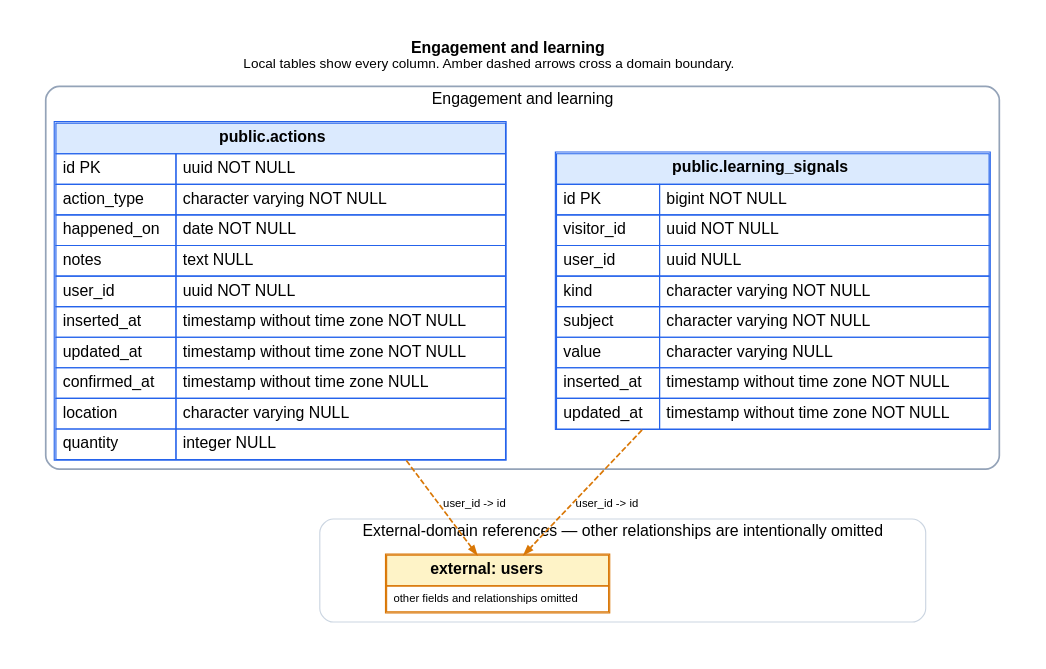
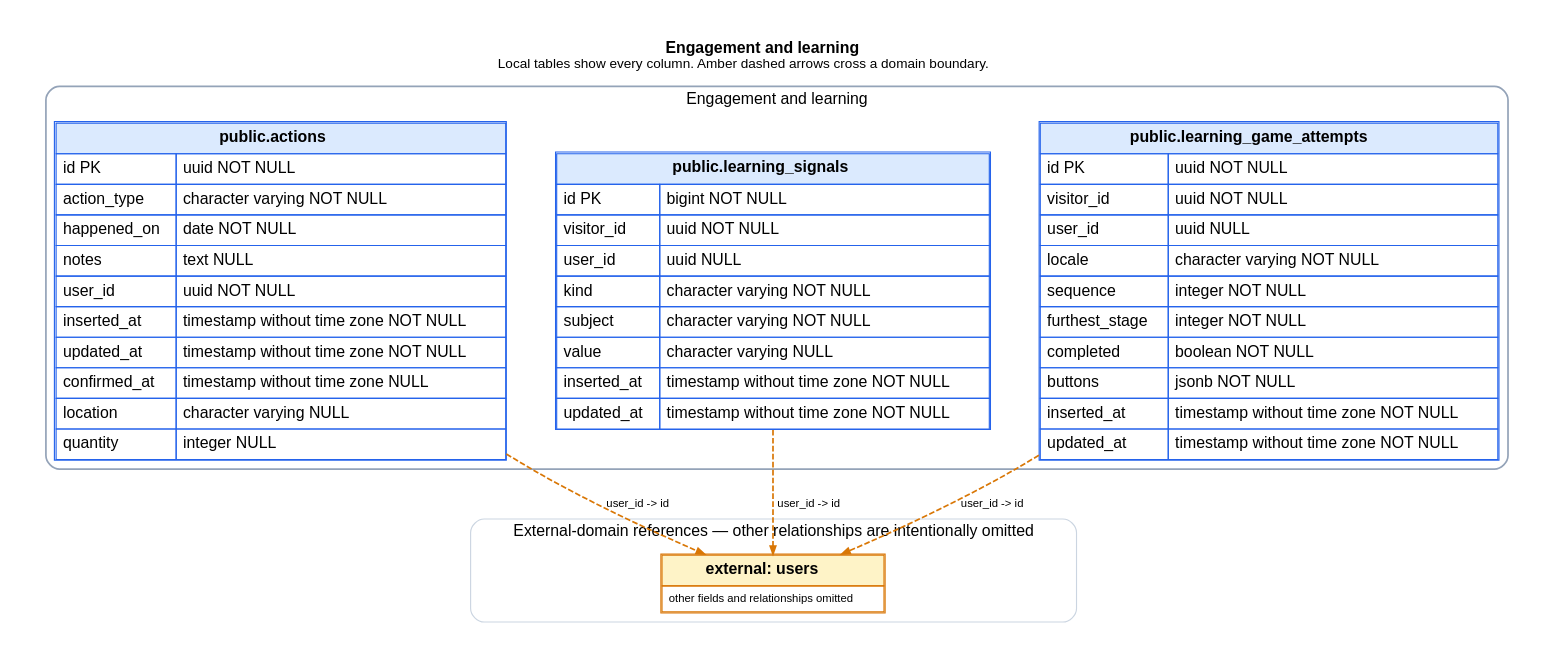
Before and after one commit to ogourment/pauseai.ca-website: the diagram in docs/schema/domains/engagement.dot, drawn with Graphviz. The commit also changed 44 other files, not shown here.

```diff
--- a/docs/schema/domains/engagement.dot
+++ b/docs/schema/domains/engagement.dot
@@ -1,45 +1,53 @@
 digraph engagement {
   graph [rankdir=TB, bgcolor="white", pad=0.35, nodesep=0.6, ranksep=0.9, fontname="Helvetica"];
   node [shape=plain, fontname="Helvetica"];
   edge [fontname="Helvetica", fontsize=10, arrowsize=0.7];
   labelloc="t";
   label=< <B>Engagement and learning</B><BR/><FONT POINT-SIZE="12">Local tables show every column. Amber dashed arrows cross a domain boundary.</FONT> >;
 
   subgraph cluster_local {
     label="Engagement and learning";
     color="#94a3b8";
     penwidth=1.5;
     style="rounded";
   "actions" [label=<
     <TABLE BORDER="1" CELLBORDER="1" CELLSPACING="0" CELLPADDING="5" COLOR="#2563eb">
       <TR><TD BGCOLOR="#dbeafe" COLSPAN="2"><B>public.actions</B></TD></TR>
       <TR><TD ALIGN="LEFT">id PK</TD><TD ALIGN="LEFT">uuid NOT NULL</TD></TR><TR><TD ALIGN="LEFT">action_type</TD><TD ALIGN="LEFT">character varying NOT NULL</TD></TR><TR><TD ALIGN="LEFT">happened_on</TD><TD ALIGN="LEFT">date NOT NULL</TD></TR><TR><TD ALIGN="LEFT">notes</TD><TD ALIGN="LEFT">text NULL</TD></TR><TR><TD ALIGN="LEFT">user_id</TD><TD ALIGN="LEFT">uuid NOT NULL</TD></TR><TR><TD ALIGN="LEFT">inserted_at</TD><TD ALIGN="LEFT">timestamp without time zone NOT NULL</TD></TR><TR><TD ALIGN="LEFT">updated_at</TD><TD ALIGN="LEFT">timestamp without time zone NOT NULL</TD></TR><TR><TD ALIGN="LEFT">confirmed_at</TD><TD ALIGN="LEFT">timestamp without time zone NULL</TD></TR><TR><TD ALIGN="LEFT">location</TD><TD ALIGN="LEFT">character varying NULL</TD></TR><TR><TD ALIGN="LEFT">quantity</TD><TD ALIGN="LEFT">integer NULL</TD></TR>
     </TABLE>
   >];
 
   "learning_signals" [label=<
     <TABLE BORDER="1" CELLBORDER="1" CELLSPACING="0" CELLPADDING="5" COLOR="#2563eb">
       <TR><TD BGCOLOR="#dbeafe" COLSPAN="2"><B>public.learning_signals</B></TD></TR>
       <TR><TD ALIGN="LEFT">id PK</TD><TD ALIGN="LEFT">bigint NOT NULL</TD></TR><TR><TD ALIGN="LEFT">visitor_id</TD><TD ALIGN="LEFT">uuid NOT NULL</TD></TR><TR><TD ALIGN="LEFT">user_id</TD><TD ALIGN="LEFT">uuid NULL</TD></TR><TR><TD ALIGN="LEFT">kind</TD><TD ALIGN="LEFT">character varying NOT NULL</TD></TR><TR><TD ALIGN="LEFT">subject</TD><TD ALIGN="LEFT">character varying NOT NULL</TD></TR><TR><TD ALIGN="LEFT">value</TD><TD ALIGN="LEFT">character varying NULL</TD></TR><TR><TD ALIGN="LEFT">inserted_at</TD><TD ALIGN="LEFT">timestamp without time zone NOT NULL</TD></TR><TR><TD ALIGN="LEFT">updated_at</TD><TD ALIGN="LEFT">timestamp without time zone NOT NULL</TD></TR>
     </TABLE>
   >];
 
+  "learning_game_attempts" [label=<
+    <TABLE BORDER="1" CELLBORDER="1" CELLSPACING="0" CELLPADDING="5" COLOR="#2563eb">
+      <TR><TD BGCOLOR="#dbeafe" COLSPAN="2"><B>public.learning_game_attempts</B></TD></TR>
+      <TR><TD ALIGN="LEFT">id PK</TD><TD ALIGN="LEFT">uuid NOT NULL</TD></TR><TR><TD ALIGN="LEFT">visitor_id</TD><TD ALIGN="LEFT">uuid NOT NULL</TD></TR><TR><TD ALIGN="LEFT">user_id</TD><TD ALIGN="LEFT">uuid NULL</TD></TR><TR><TD ALIGN="LEFT">locale</TD><TD ALIGN="LEFT">character varying NOT NULL</TD></TR><TR><TD ALIGN="LEFT">sequence</TD><TD ALIGN="LEFT">integer NOT NULL</TD></TR><TR><TD ALIGN="LEFT">furthest_stage</TD><TD ALIGN="LEFT">integer NOT NULL</TD></TR><TR><TD ALIGN="LEFT">completed</TD><TD ALIGN="LEFT">boolean NOT NULL</TD></TR><TR><TD ALIGN="LEFT">buttons</TD><TD ALIGN="LEFT">jsonb NOT NULL</TD></TR><TR><TD ALIGN="LEFT">inserted_at</TD><TD ALIGN="LEFT">timestamp without time zone NOT NULL</TD></TR><TR><TD ALIGN="LEFT">updated_at</TD><TD ALIGN="LEFT">timestamp without time zone NOT NULL</TD></TR>
+    </TABLE>
+  >];
+
   }
 
   subgraph cluster_external {
     label="External-domain references — other relationships are intentionally omitted";
     color="#cbd5e1";
     penwidth=1;
     style="rounded";
   "users" [label=<
     <TABLE BORDER="1" CELLBORDER="1" CELLSPACING="0" CELLPADDING="5" COLOR="#d97706">
       <TR><TD BGCOLOR="#fef3c7"><B>external: users</B></TD></TR>
       <TR><TD><FONT POINT-SIZE="10">other fields and relationships omitted</FONT></TD></TR>
     </TABLE>
   >];
 
   }
 
   "actions" -> "users" [label="user_id -> id", color="#d97706", style="dashed", penwidth=1.5];
+  "learning_game_attempts" -> "users" [label="user_id -> id", color="#d97706", style="dashed", penwidth=1.5];
   "learning_signals" -> "users" [label="user_id -> id", color="#d97706", style="dashed", penwidth=1.5];
 }
```
